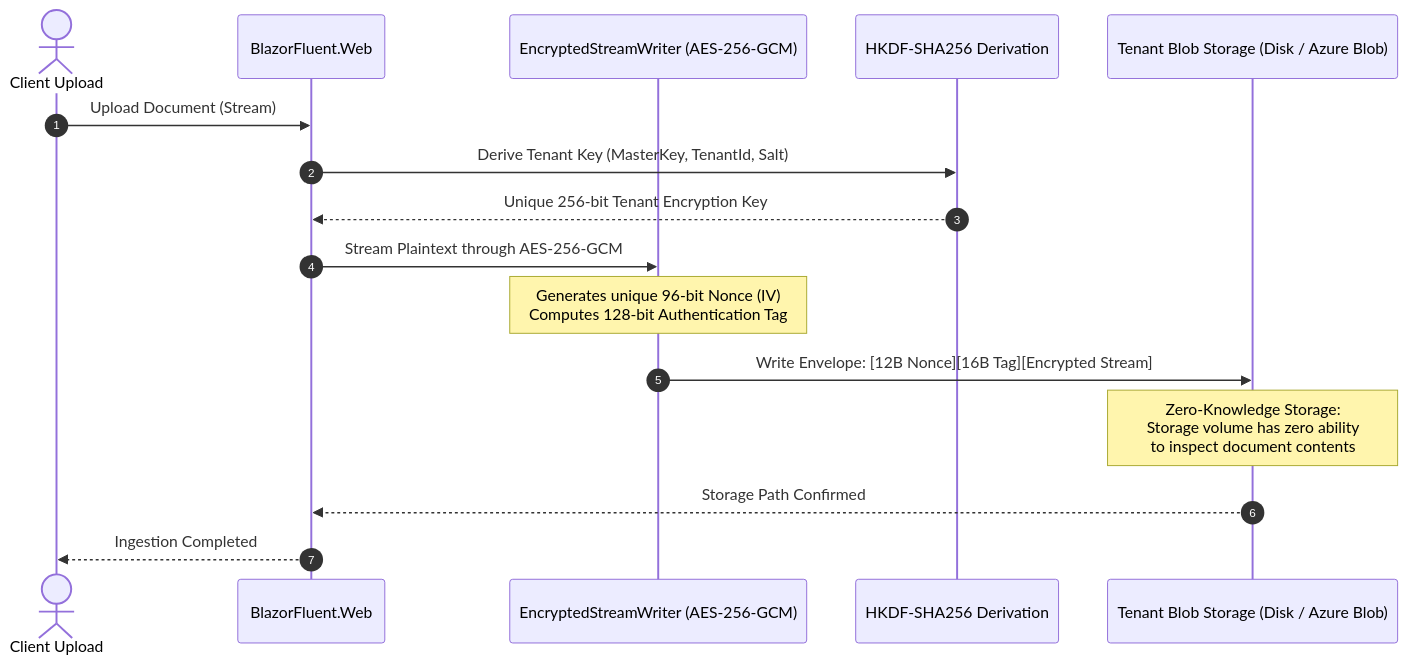
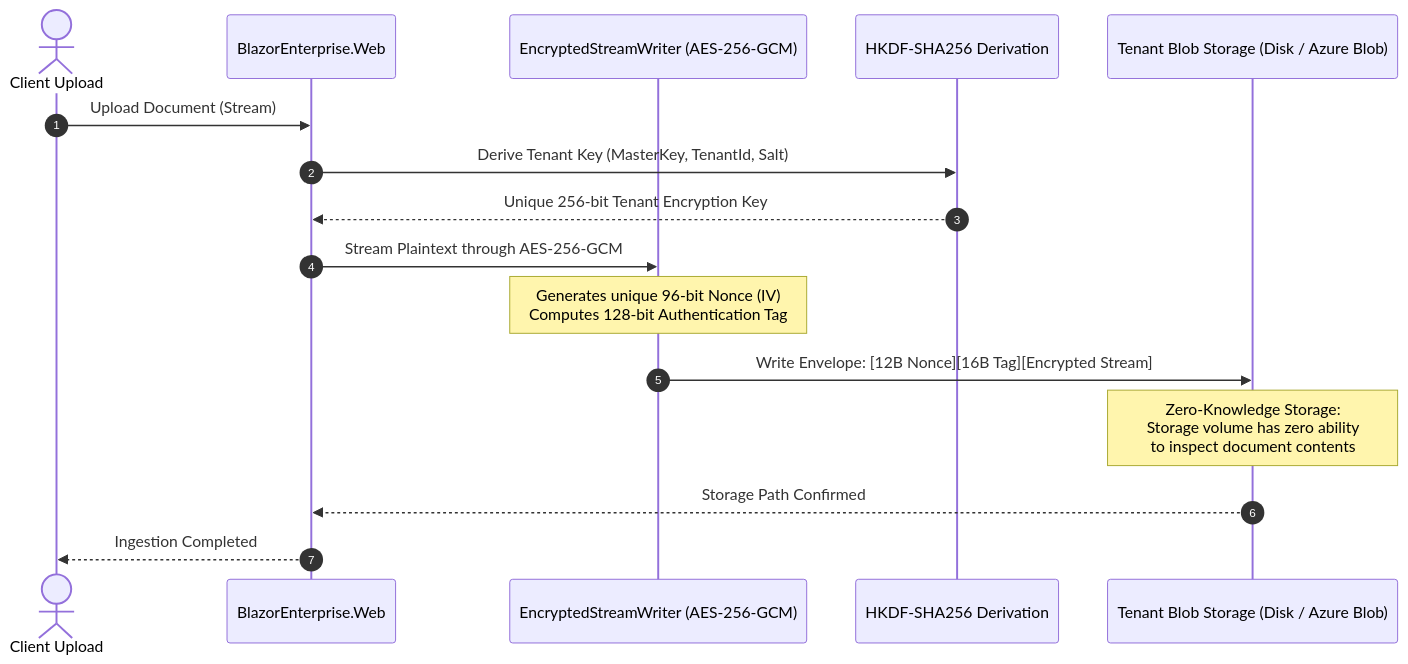
One commit to cheriansk/blazor-fluent changed the third of 11 diagrams in docs/03-Security-Model-and-Defense-in-Depth.md. Above: the diagram before and after it, drawn with Mermaid. The commit also changed other lines of this file and 1219 other files, not shown here.

````diff
--- a/docs/03-Security-Model-and-Defense-in-Depth.md
+++ b/docs/03-Security-Model-and-Defense-in-Depth.md
@@ -99,19 +99,19 @@
 ```mermaid
 sequenceDiagram
     autonumber
     actor User as Client Upload
-    participant Web as BlazorFluent.Web
+    participant Web as BlazorEnterprise.Web
     participant Crypto as EncryptedStreamWriter (AES-256-GCM)
     participant HKDF as HKDF-SHA256 Derivation
     participant Storage as Tenant Blob Storage (Disk / Azure Blob)
 
     User->>Web: Upload Document (Stream)
     Web->>HKDF: Derive Tenant Key (MasterKey, TenantId, Salt)
     HKDF-->>Web: Unique 256-bit Tenant Encryption Key
     Web->>Crypto: Stream Plaintext through AES-256-GCM
     Note over Crypto: Generates unique 96-bit Nonce (IV)<br/>Computes 128-bit Authentication Tag
     Crypto->>Storage: Write Envelope: [12B Nonce][16B Tag][Encrypted Stream]
     Note over Storage: Zero-Knowledge Storage:<br/>Storage volume has zero ability<br/>to inspect document contents
     Storage-->>Web: Storage Path Confirmed
     Web-->>User: Ingestion Completed
 ```
````
